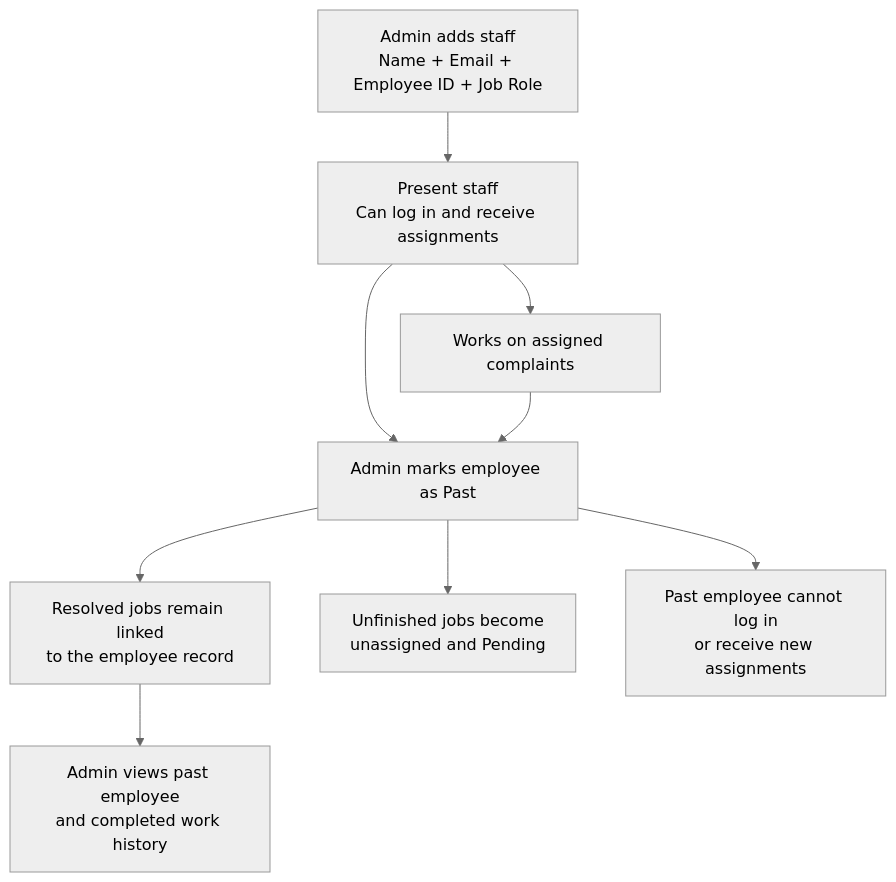
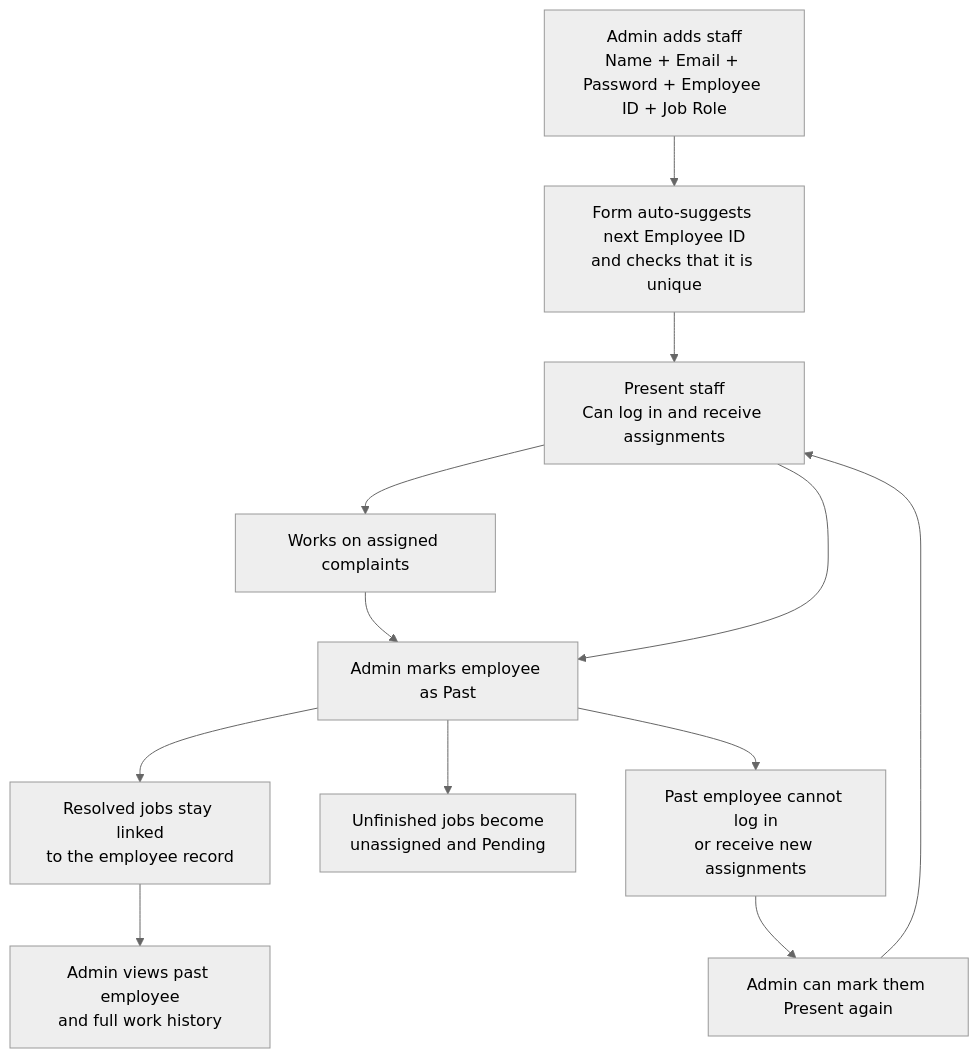
The fourth of 5 diagrams in Architecture&FlowDiagram.md (drajj-0011/Smart-campus-maintenance-system01), drawn with Mermaid (neutral theme) before and after one commit. The commit also changed other lines of this file, not shown here.

````diff
--- a/Architecture&FlowDiagram.md
+++ b/Architecture&FlowDiagram.md
@@ -145,19 +152,23 @@
 ```mermaid
 flowchart TD
-    A["Admin adds staff<br/>Name + Email + Employee ID + Job Role"]
+    A["Admin adds staff<br/>Name + Email + Password + Employee ID + Job Role"]
+    N["Form auto-suggests next Employee ID<br/>and checks that it is unique"]
     P["Present staff<br/>Can log in and receive assignments"]
     W["Works on assigned complaints"]
     X["Admin marks employee as Past"]
-    R["Resolved jobs remain linked<br/>to the employee record"]
+    R["Resolved jobs stay linked<br/>to the employee record"]
     U["Unfinished jobs become<br/>unassigned and Pending"]
-    H["Admin views past employee<br/>and completed work history"]
     D["Past employee cannot log in<br/>or receive new assignments"]
+    H["Admin views past employee<br/>and full work history"]
+    B["Admin can mark them Present again"]
 
-    A --> P
+    A --> N
+    N --> P
     P --> W
+    W --> X
     P --> X
-    W --> X
     X --> R --> H
     X --> U
     X --> D
+    D --> B --> P
 ```
````
